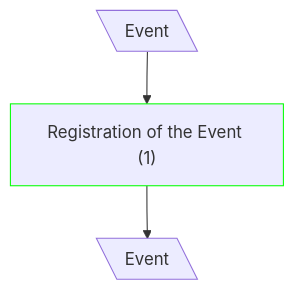
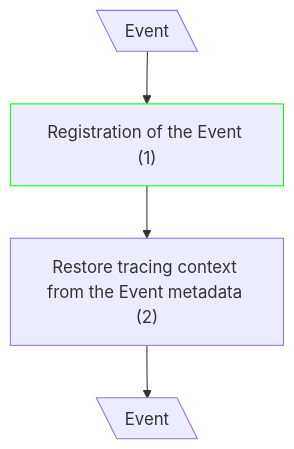
Before and after one commit to dmitryhruzin/CQRS-variations-test: the first of 4 diagrams in docs/CF Complexity/eventual consistency.md, drawn with Mermaid. The commit also changed other lines of this file and 4 other files, not shown here.

Commit message:
docs: add infra calls to diagrams

````diff
--- a/docs/CF Complexity/eventual consistency.md
+++ b/docs/CF Complexity/eventual consistency.md
@@ -5,7 +5,8 @@
 ```mermaid
 flowchart TD
   classDef mod stroke:#0f0
   A@{ shape: lean-l, label: "Event" }
   A --> B["Registration of the Event (1)"]
-  B:::mod -->C@{ shape: lean-l, label: "Event" }
+  B:::mod --> T["Restore tracing context from the Event metadata (2)"]
+  T --> C@{ shape: lean-l, label: "Event" }
 ```
````
